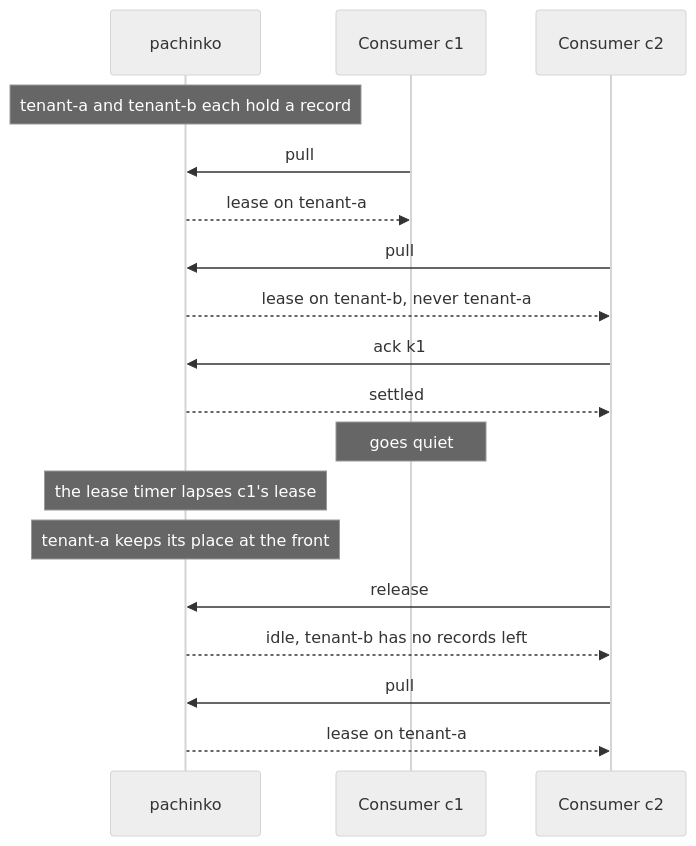
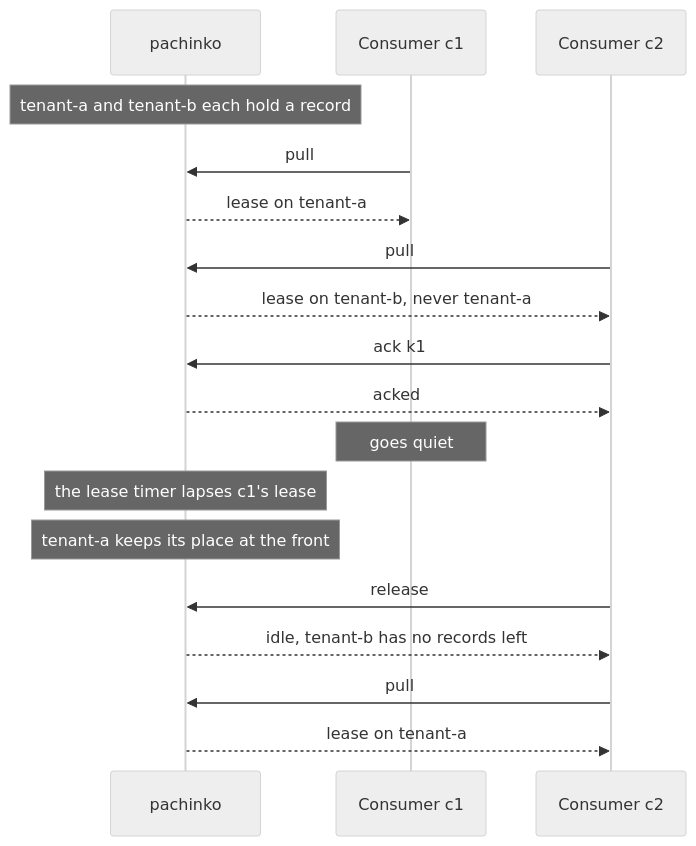
Before and after one commit to BiscuitBin/pachinko: the third of 4 diagrams in README.md, drawn with Mermaid (neutral theme). The commit also changed other lines of this file and 16 other files, not shown here.

````diff
--- a/README.md
+++ b/README.md
@@ -57,20 +57,20 @@
 ```mermaid
 sequenceDiagram
     participant Q as pachinko
     participant C1 as Consumer c1
     participant C2 as Consumer c2
     Note over Q: tenant-a and tenant-b each hold a record
     C1->>Q: pull
     Q-->>C1: lease on tenant-a
     C2->>Q: pull
     Q-->>C2: lease on tenant-b, never tenant-a
     C2->>Q: ack k1
-    Q-->>C2: settled
+    Q-->>C2: acked
     Note over C1: goes quiet
     Note over Q: the lease timer lapses c1's lease
     Note over Q: tenant-a keeps its place at the front
     C2->>Q: release
     Q-->>C2: idle, tenant-b has no records left
     C2->>Q: pull
     Q-->>C2: lease on tenant-a
 ```
````
